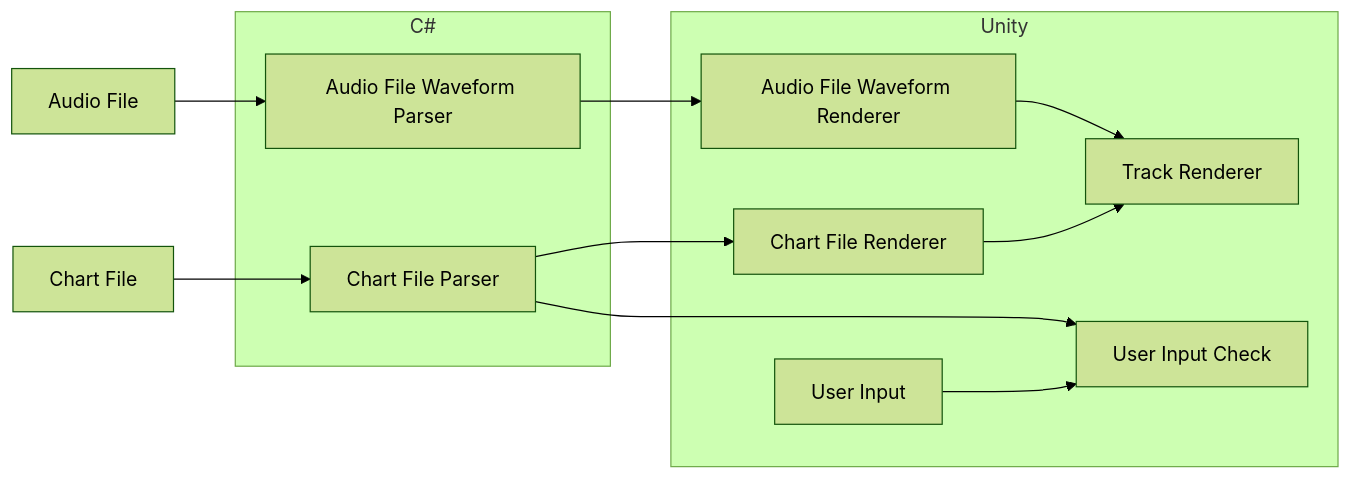
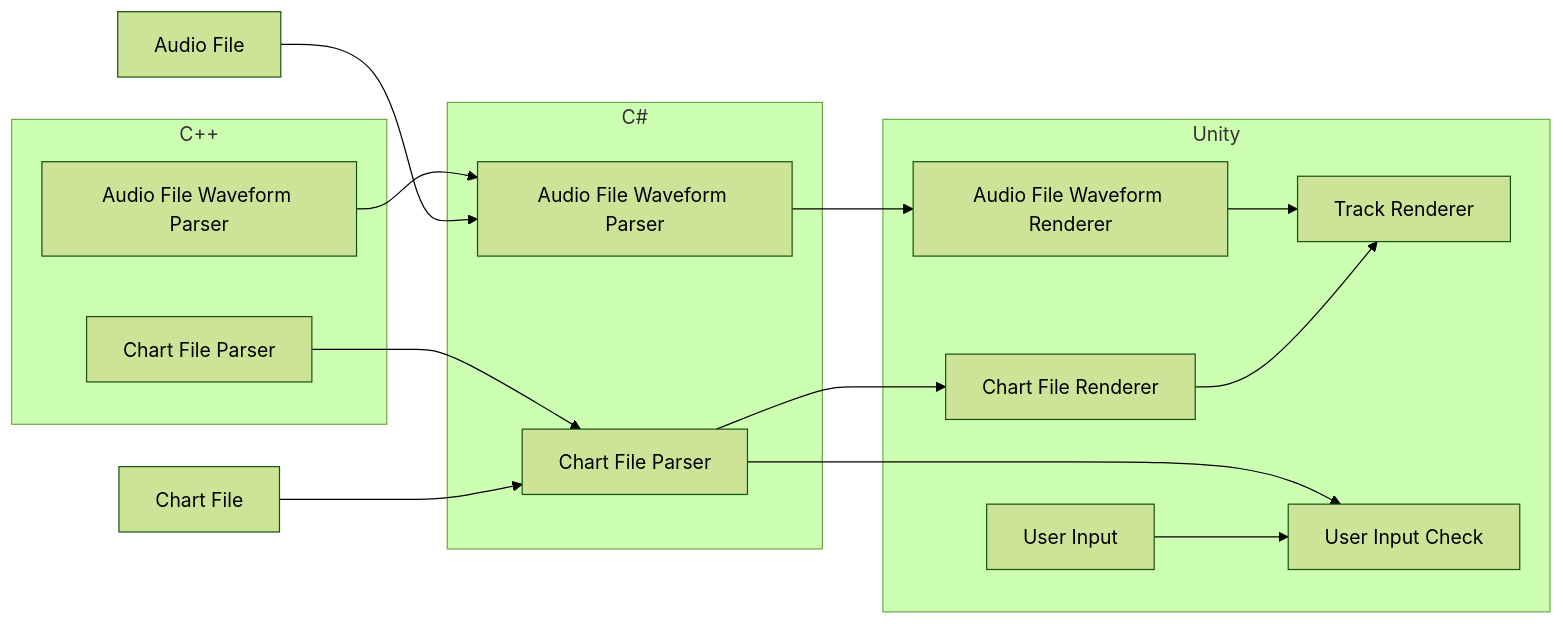
Before and after one commit to neogeek/scottdoxey.com: the diagram in case-study/rhythm-game-prototype.md, drawn with Mermaid (forest theme).

Commit message:
Updated architecture diagram.

````diff
--- a/case-study/rhythm-game-prototype.md
+++ b/case-study/rhythm-game-prototype.md
@@ -38,40 +38,49 @@
 ```mermaid
 graph LR;
     chartFile["Chart File"]
-    chartFileParser["Chart File Parser"]
+    chartFileParserCpp["Chart File Parser"]
+    chartFileParserCsharp["Chart File Parser"]
     chartFileRender["Chart File Renderer"]
 
     audioFile["Audio File"]
-    audioFileWaveformParser["Audio File Waveform Parser"]
+    audioFileWaveformParserCpp["Audio File Waveform Parser"]
+    audioFileWaveformParserCsharp["Audio File Waveform Parser"]
     audioFileWaveformRenderer["Audio File Waveform Renderer"]
 
     trackRenderer["Track Renderer"]
 
     userInput["User Input"]
     userInputCheck["User Input Check"]
 
+    subgraph cpp ["C++"]
+        chartFileParserCpp
+        audioFileWaveformParserCpp
+    end
+
     subgraph csharp ["C#"]
-        chartFileParser
-        audioFileWaveformParser
+        chartFileParserCsharp
+        audioFileWaveformParserCsharp
     end
 
     subgraph unity ["Unity"]
         chartFileRender
         audioFileWaveformRenderer
         trackRenderer
         userInput
         userInputCheck
     end
 
-    chartFile-->chartFileParser
-    audioFile-->audioFileWaveformParser
+    chartFile-->chartFileParserCsharp
+    audioFile-->audioFileWaveformParserCsharp
 
-    chartFileParser-->chartFileRender
-    audioFileWaveformParser-->audioFileWaveformRenderer
+    chartFileParserCpp-->chartFileParserCsharp
+    chartFileParserCsharp-->chartFileRender
+    audioFileWaveformParserCpp-->audioFileWaveformParserCsharp
+    audioFileWaveformParserCsharp-->audioFileWaveformRenderer
 
     chartFileRender-->trackRenderer
     audioFileWaveformRenderer-->trackRenderer
 
     userInput-->userInputCheck
-    chartFileParser-->userInputCheck
+    chartFileParserCsharp-->userInputCheck
 ```
````
